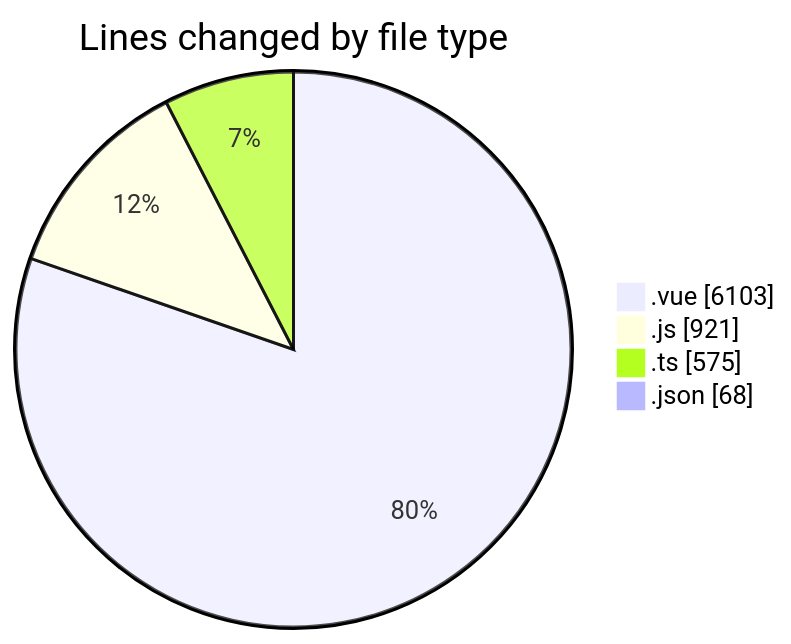
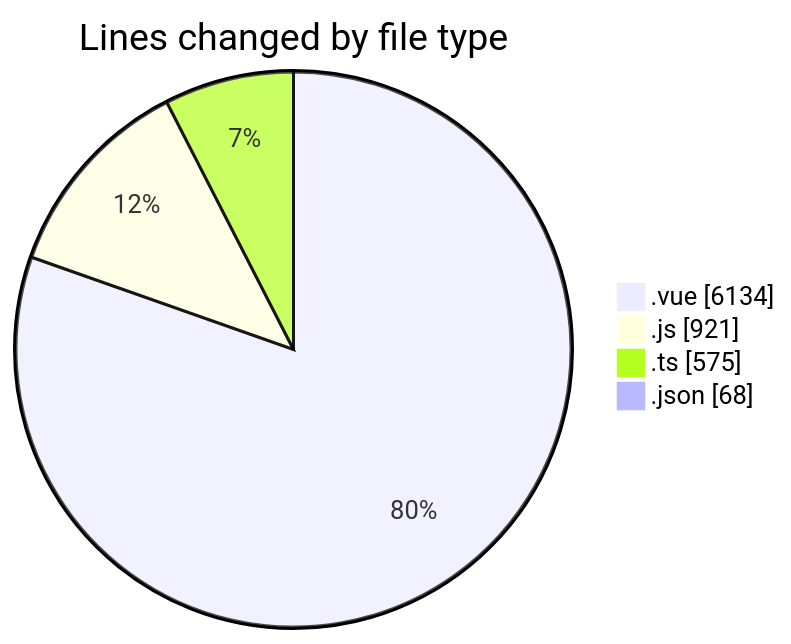
Before and after one commit to lephambinh05/code-tracking: the first of 2 diagrams in 2025-08-12/rentotp/README.md, drawn with Mermaid. The commit also changed other lines of this file and 1 other file, not shown here.

````diff
--- a/2025-08-12/rentotp/README.md
+++ b/2025-08-12/rentotp/README.md
@@ -41,8 +41,8 @@
 ```mermaid
 pie showData
 title Lines changed by file type
-".vue" : 6103
+".vue" : 6134
 ".js" : 921
 ".ts" : 575
 ".json" : 68
 ```
````
